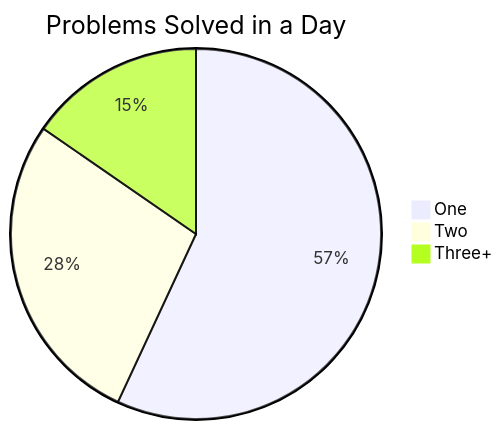
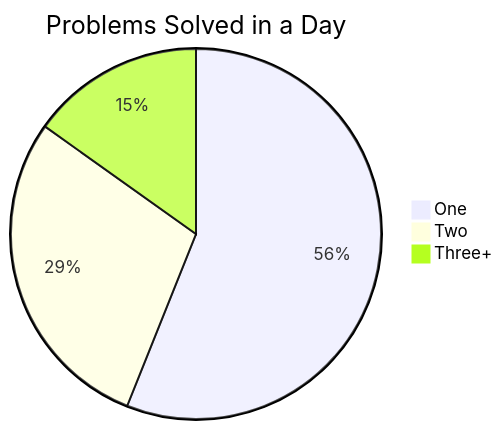
One commit to Jasjeet-Singh-S/100-days-DSA changed the second of 2 diagrams in readme.md. Above: the diagram before and after it, drawn with Mermaid. The commit also changed other lines of this file and 2 other files, not shown here.

````diff
--- a/readme.md
+++ b/readme.md
@@ -25,6 +25,6 @@
 ```mermaid
 pie title Problems Solved in a Day
     "One" : 37
-    "Two" : 18
+    "Two" : 19
     "Three+" : 10
 ```
````
